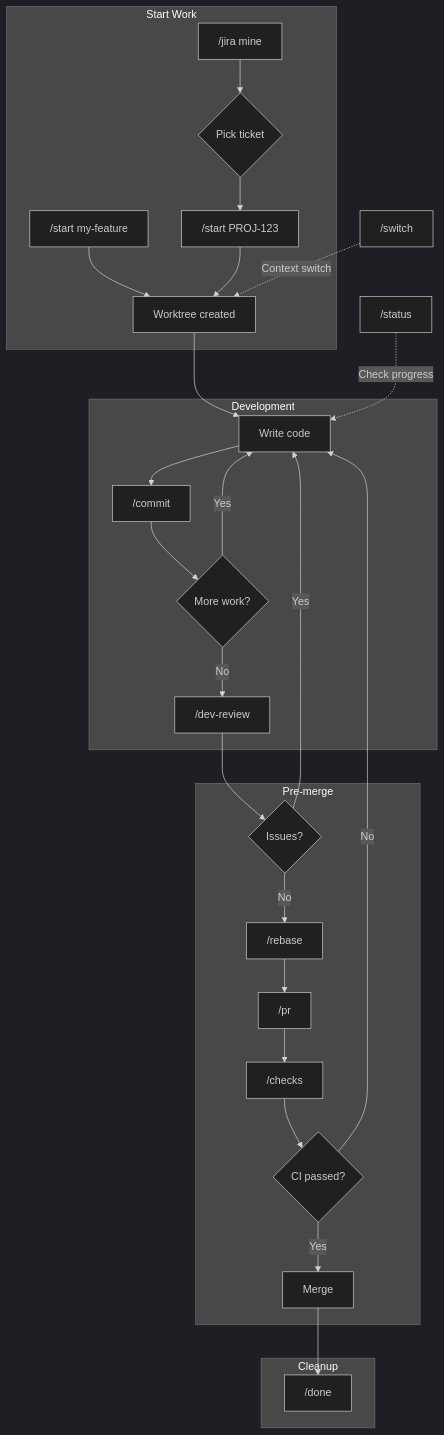
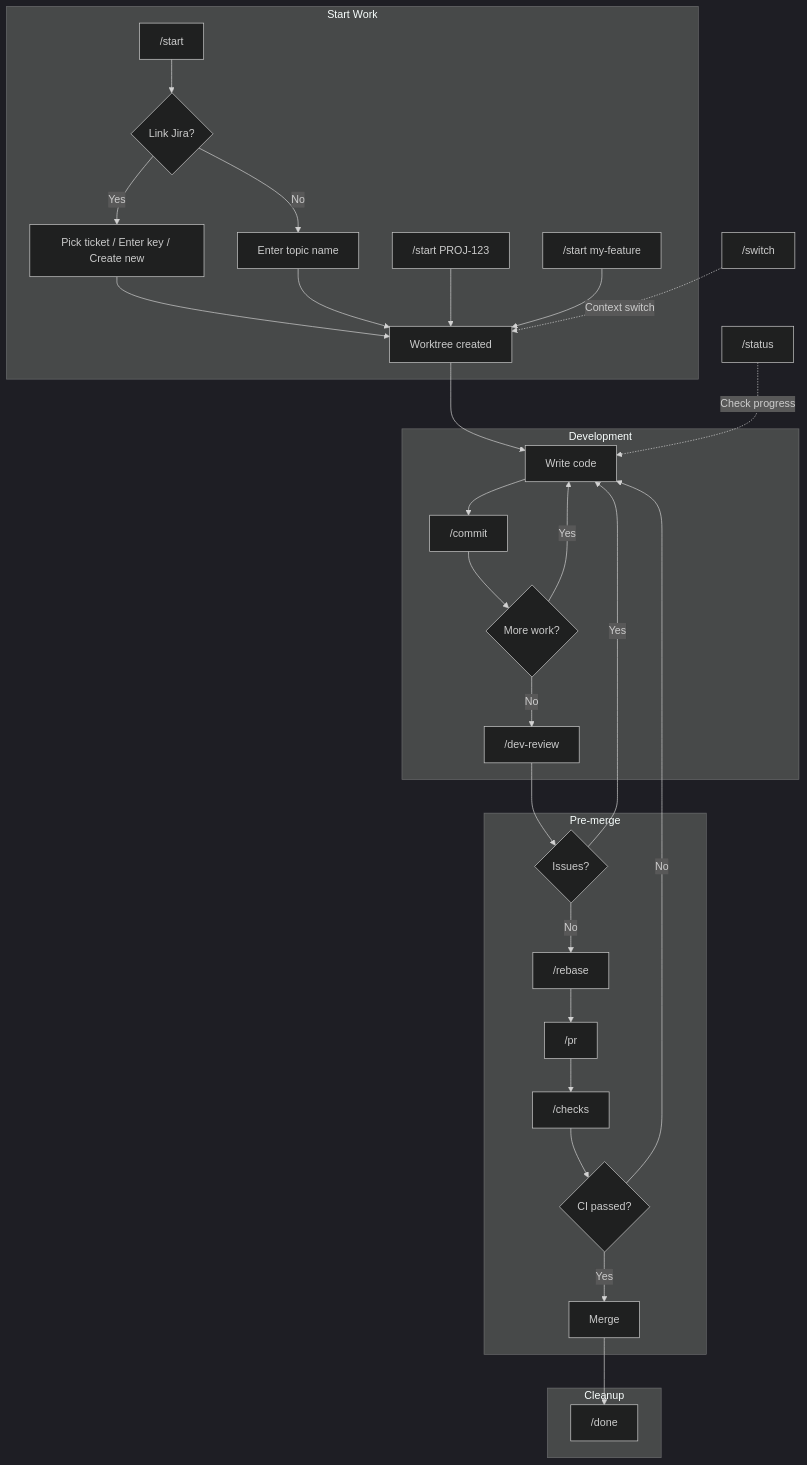
Before and after one commit to taloncjones/claude-config: the diagram in README.md, drawn with Mermaid (dark theme). The commit also changed other lines of this file and 1 other file, not shown here.

Commit message:
config: improve /start interactive Jira flow

````diff
--- a/README.md
+++ b/README.md
@@ -172,35 +172,38 @@
 ```mermaid
 flowchart TD
     subgraph "Start Work"
-        A1["/jira mine"] --> A2{Pick ticket}
-        A2 --> B1["/start PROJ-123"]
+        A["/start"] --> B{Link Jira?}
+        B -->|Yes| B1[Pick ticket / Enter key / Create new]
+        B -->|No| B2[Enter topic name]
+        B1 --> C[Worktree created]
+        B2 --> C
+        A2["/start PROJ-123"] --> C
         A3["/start my-feature"] --> C
-        B1 --> C[Worktree created]
     end
 
     subgraph "Development"
         C --> D[Write code]
         D --> E["/commit"]
         E --> F{More work?}
         F -->|Yes| D
         F -->|No| G["/dev-review"]
     end
 
     subgraph "Pre-merge"
         G --> H{Issues?}
         H -->|Yes| D
         H -->|No| I["/rebase"]
         I --> J["/pr"]
         J --> K["/checks"]
         K --> L{CI passed?}
         L -->|No| D
         L -->|Yes| M[Merge]
     end
 
     subgraph "Cleanup"
         M --> N["/done"]
     end
 
     O["/switch"] -.->|Context switch| C
     P["/status"] -.->|Check progress| D
 ```
````
